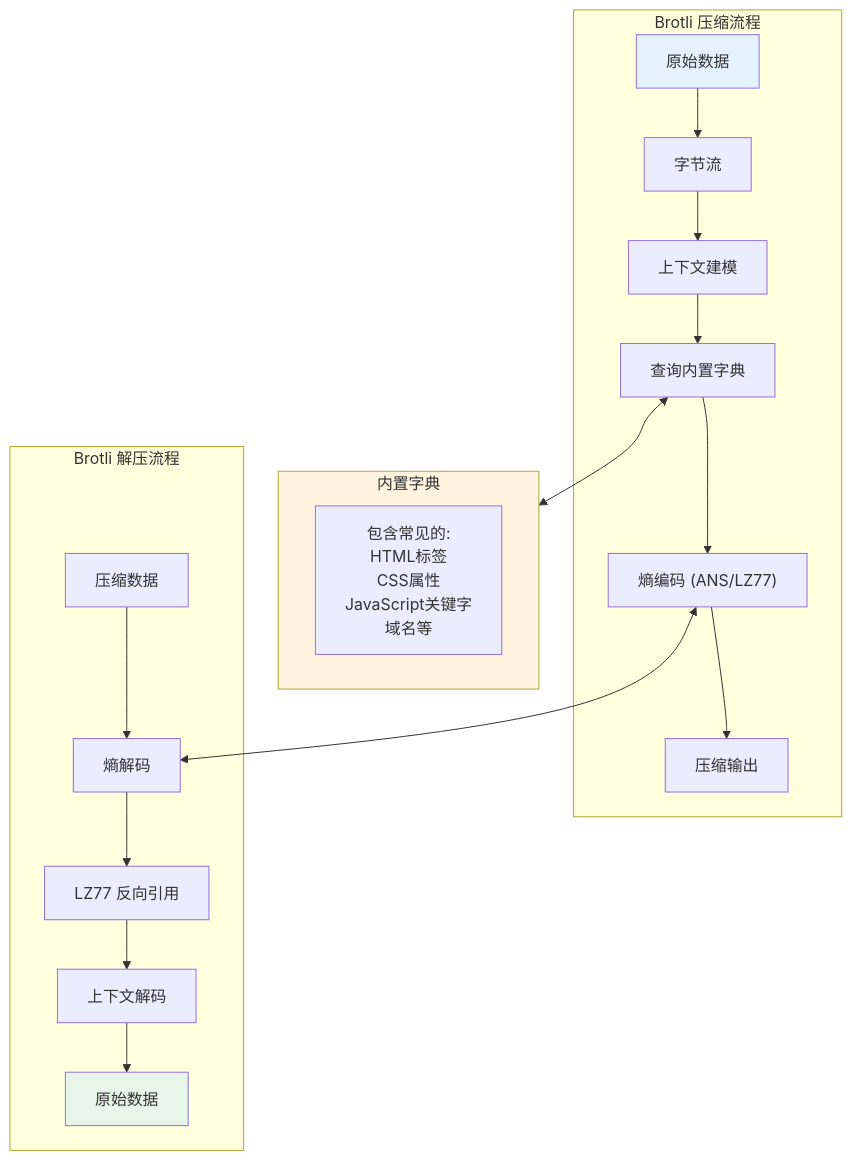
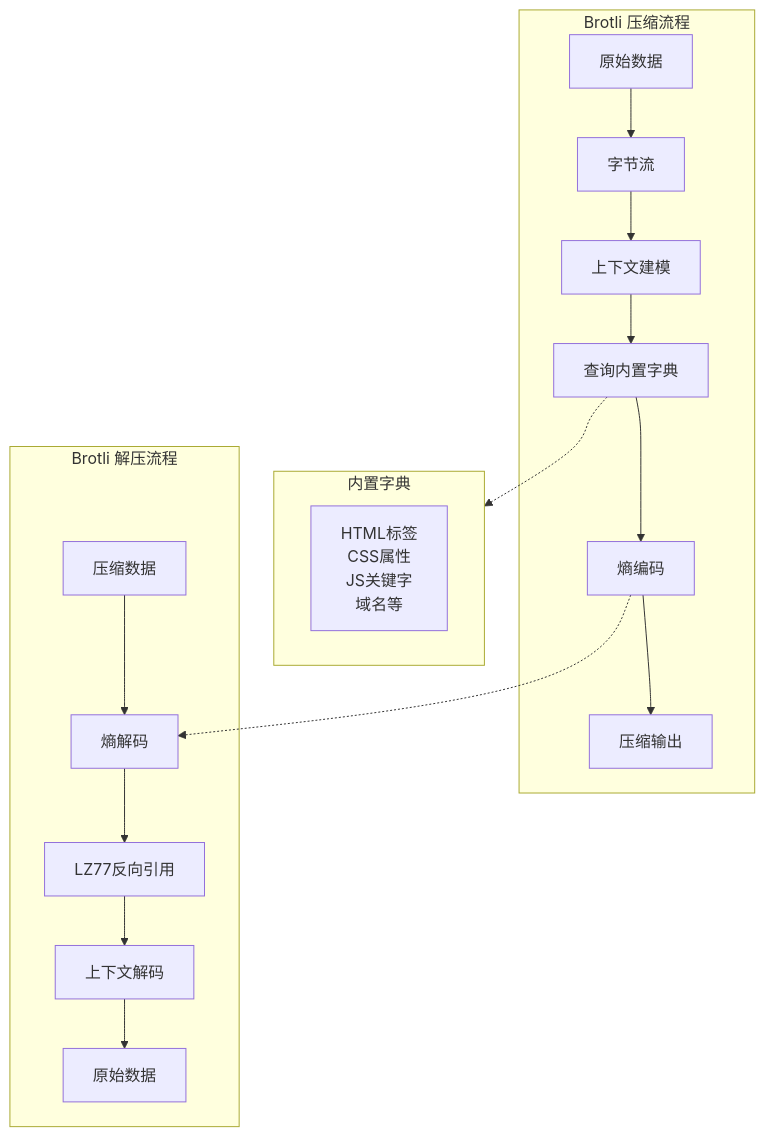
The seventh of 7 diagrams in README.md (shadowdrop122/Webcompressor), drawn with Mermaid before and after one commit. The commit also changed other lines of this file and 68 other files, not shown here.

````diff
--- a/README.md
+++ b/README.md
@@ -621,28 +582,24 @@
 ```mermaid
 flowchart TD
     subgraph ENCODE["Brotli 压缩流程"]
-        A1["原始数据"] --> A2["字节流"]
-        A2 --> A3["上下文建模"]
-        A3 --> A4["查询内置字典"]
-        A4 --> A5["熵编码 (ANS/LZ77)"]
-        A5 --> A6["压缩输出"]
+        A1[原始数据] --> A2[字节流]
+        A2 --> A3[上下文建模]
+        A3 --> A4[查询内置字典]
+        A4 --> A5[熵编码]
+        A5 --> A6[压缩输出]
     end
 
     subgraph DICT["内置字典"]
-        B1["包含常见的:<br/>HTML标签<br/>CSS属性<br/>JavaScript关键字<br/>域名等"]
+        B1[HTML标签<br/>CSS属性<br/>JS关键字<br/>域名等]
     end
 
     subgraph DECODE["Brotli 解压流程"]
-        C1["压缩数据"] --> C2["熵解码"]
-        C2 --> C3["LZ77 反向引用"]
-        C3 --> C4["上下文解码"]
-        C4 --> C5["原始数据"]
+        C1[压缩数据] --> C2[熵解码]
+        C2 --> C3[LZ77反向引用]
+        C3 --> C4[上下文解码]
+        C4 --> C5[原始数据]
     end
 
-    A4 <--> DICT
-    A5 <--> C2
-
-    style A1 fill:#e3f2fd
-    style C5 fill:#e8f5e9
-    style DICT fill:#fff3e0
+    A4 -.-> DICT
+    A5 -.-> C2
 ```
````
